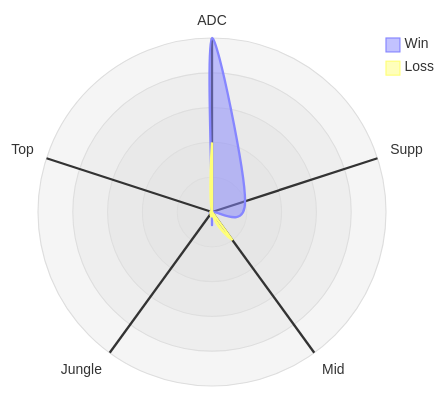
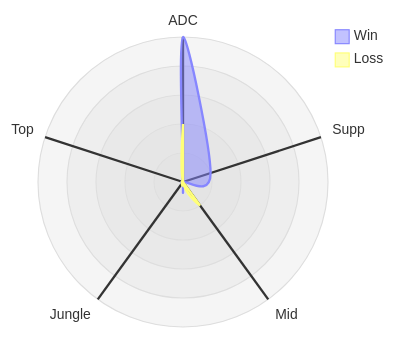
One commit to flowinho/zensical-website changed the third of 4 diagrams in docs/gaming/wild-rift.md. Above: the diagram before and after it, drawn with Mermaid.

````diff
--- a/docs/gaming/wild-rift.md
+++ b/docs/gaming/wild-rift.md
@@ -43,15 +43,15 @@
 ```mermaid
 ---
 config:
   radar:
-    width: 300
-    height: 300
+    width: 250
+    height: 250
 ---
 radar-beta
   axis a["ADC"], s["Supp"], m["Mid"], j["Jungle"], t["Top"]
   curve w["Win"]{5, 1, 0, 0, 0}
   curve l["Loss"]{2, 0, 1, 0, 0}
 
   max 5
   min 0
 ```
````
